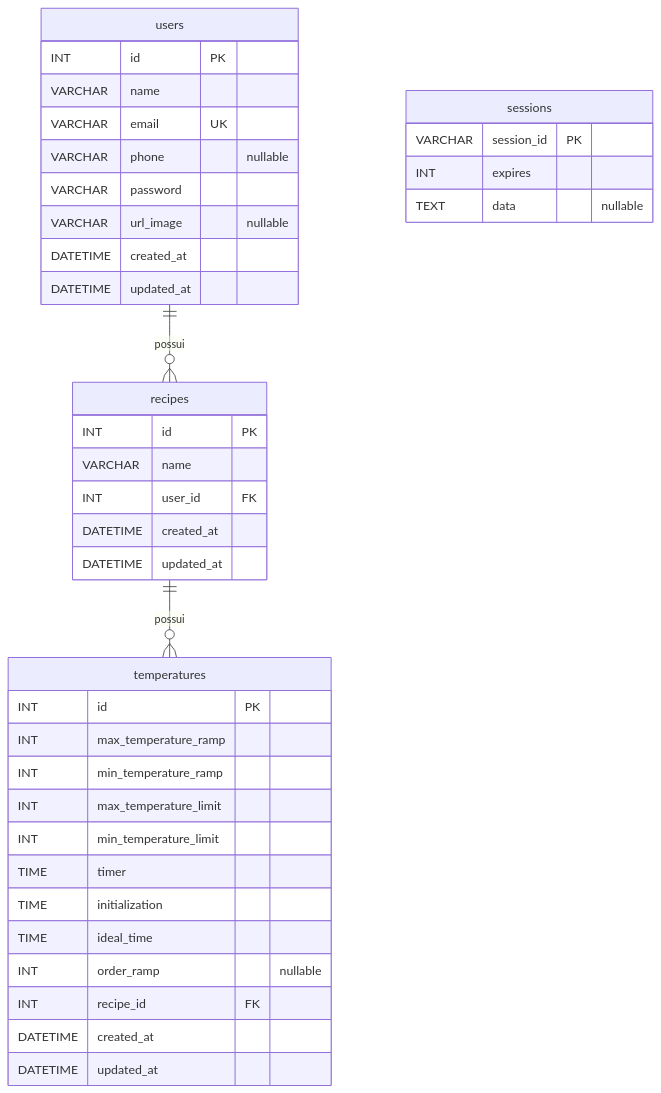
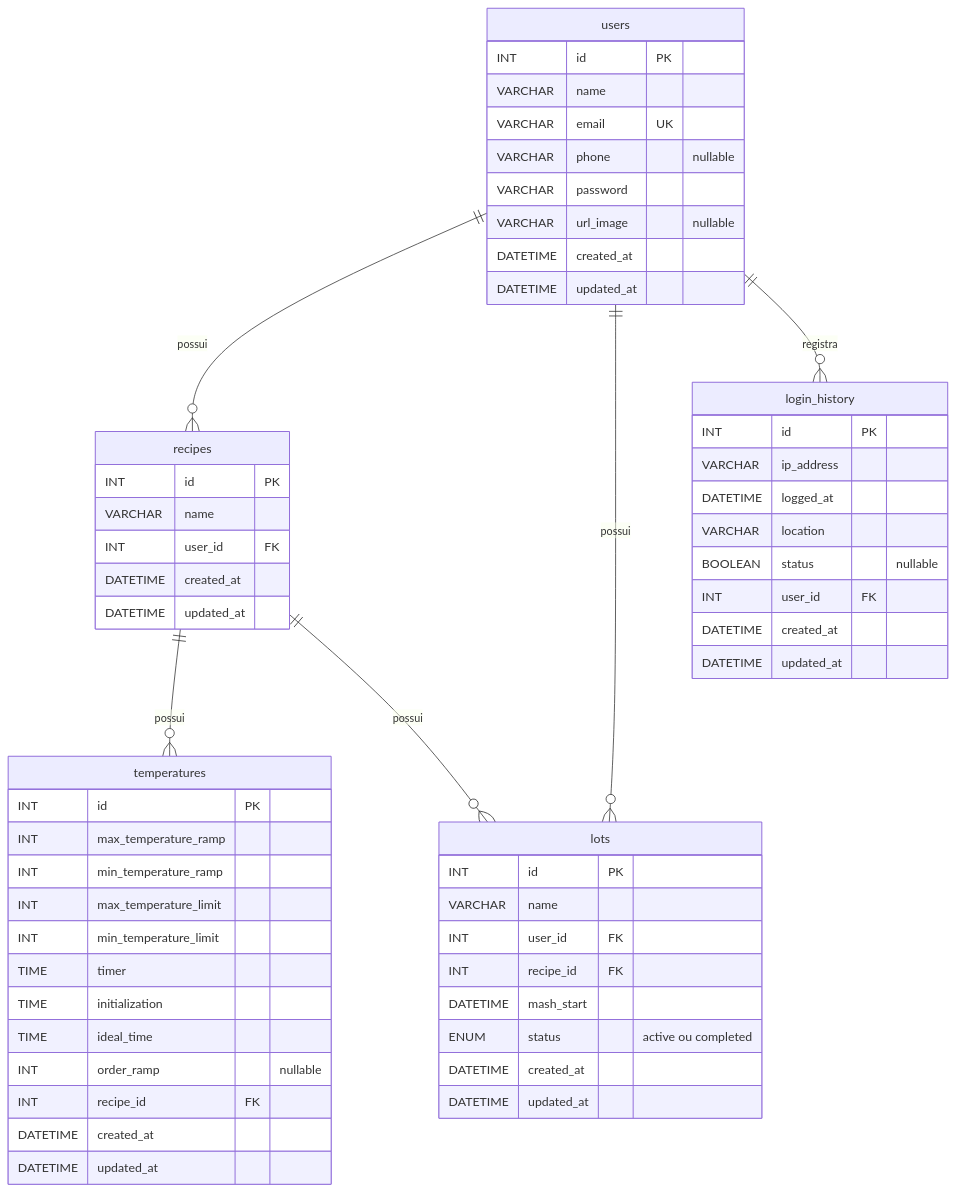
The diagram in database/README.md (conloq/documentation), drawn with Mermaid before and after one commit. The commit also changed other lines of this file and 7 other files, not shown here.

````diff
--- a/database/README.md
+++ b/database/README.md
@@ -32,42 +35,60 @@
 ```mermaid
 erDiagram
     users ||--o{ recipes : possui
     recipes ||--o{ temperatures : possui
+    users ||--o{ lots : possui
+    recipes ||--o{ lots : possui
+    users ||--o{ login_history : registra
 
     users {
         INT id PK
         VARCHAR name
         VARCHAR email UK
         VARCHAR phone "nullable"
         VARCHAR password
         VARCHAR url_image "nullable"
         DATETIME created_at
         DATETIME updated_at
     }
     recipes {
         INT id PK
         VARCHAR name
         INT user_id FK
         DATETIME created_at
         DATETIME updated_at
     }
     temperatures {
         INT id PK
         INT max_temperature_ramp
         INT min_temperature_ramp
         INT max_temperature_limit
         INT min_temperature_limit
         TIME timer
         TIME initialization
         TIME ideal_time
         INT order_ramp "nullable"
         INT recipe_id FK
         DATETIME created_at
         DATETIME updated_at
     }
-    sessions {
-        VARCHAR session_id PK
-        INT expires
-        TEXT data "nullable"
+    lots {
+        INT id PK
+        VARCHAR name
+        INT user_id FK
+        INT recipe_id FK
+        DATETIME mash_start
+        ENUM status "active ou completed"
+        DATETIME created_at
+        DATETIME updated_at
+    }
+    login_history {
+        INT id PK
+        VARCHAR ip_address
+        DATETIME logged_at
+        VARCHAR location
+        BOOLEAN status "nullable"
+        INT user_id FK
+        DATETIME created_at
+        DATETIME updated_at
     }
 ```
````
